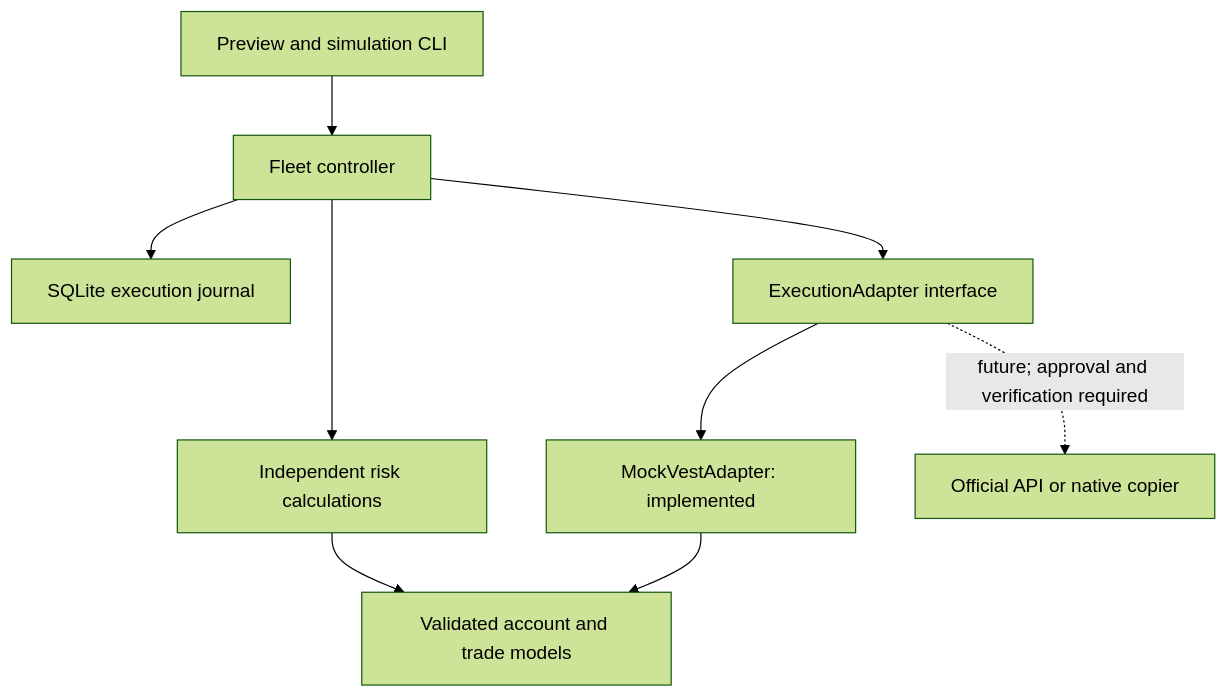
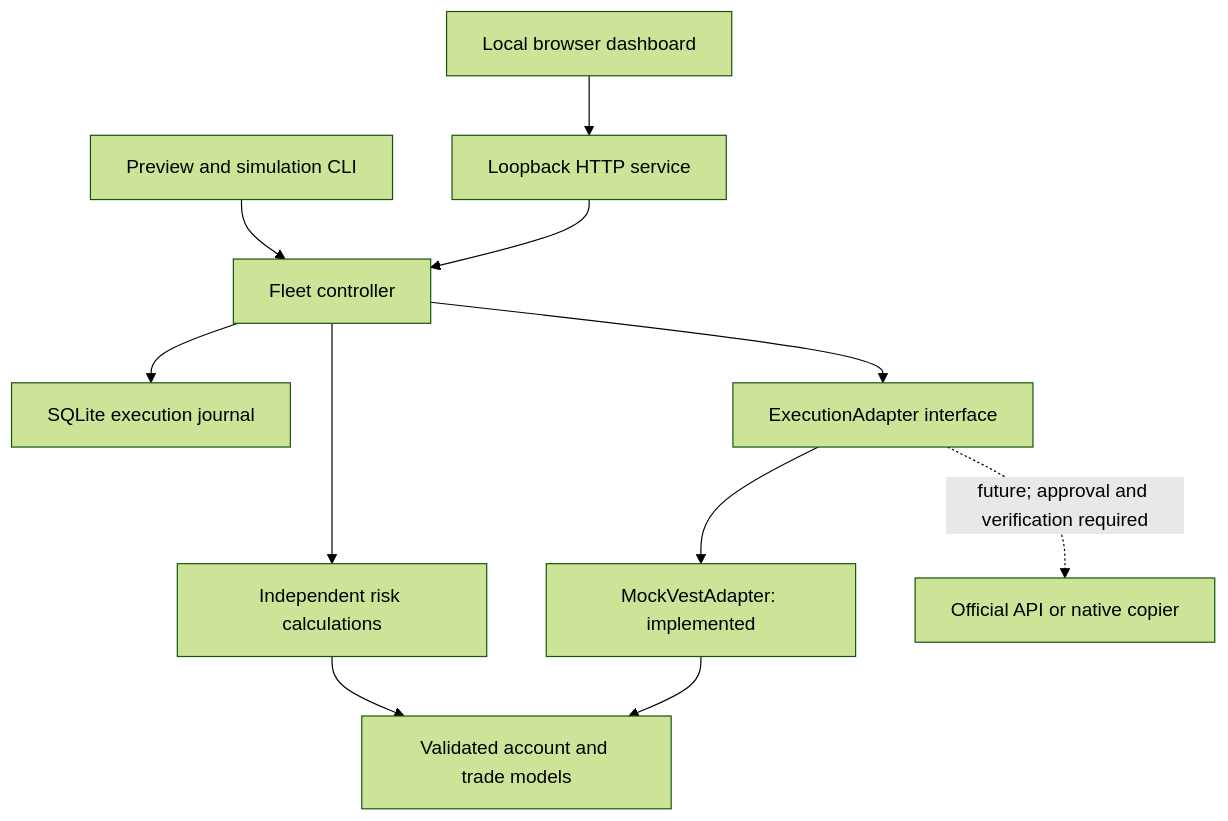
Before and after one commit to Mahdi451/vest-fleet-controller: the first of 3 diagrams in README.md, drawn with Mermaid (forest theme). The commit also changed other lines of this file and 19 other files, not shown here.

Commit message:
feat: add local dashboard with leverage allocation and real screenshots

````diff
--- a/README.md
+++ b/README.md
@@ -58,11 +66,13 @@
 ```mermaid
 flowchart TD
     CLI["Preview and simulation CLI"] --> Controller["Fleet controller"]
+    Browser["Local browser dashboard"] --> Server["Loopback HTTP service"]
+    Server --> Controller
     Controller --> Risk["Independent risk calculations"]
     Risk --> Core["Validated account and trade models"]
     Controller --> Journal["SQLite execution journal"]
     Controller --> Adapter["ExecutionAdapter interface"]
     Adapter --> Mock["MockVestAdapter: implemented"]
     Adapter -. "future; approval and verification required" .-> Live["Official API or native copier"]
     Mock --> Core
 ```
````
